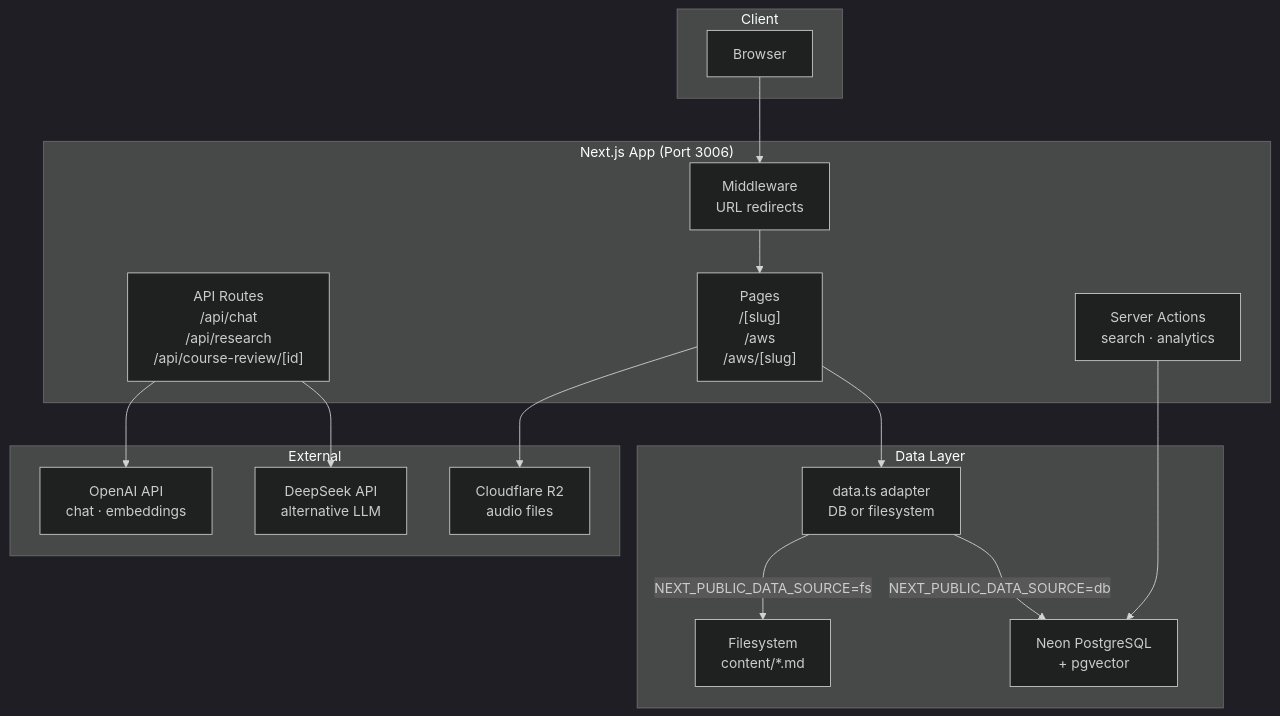
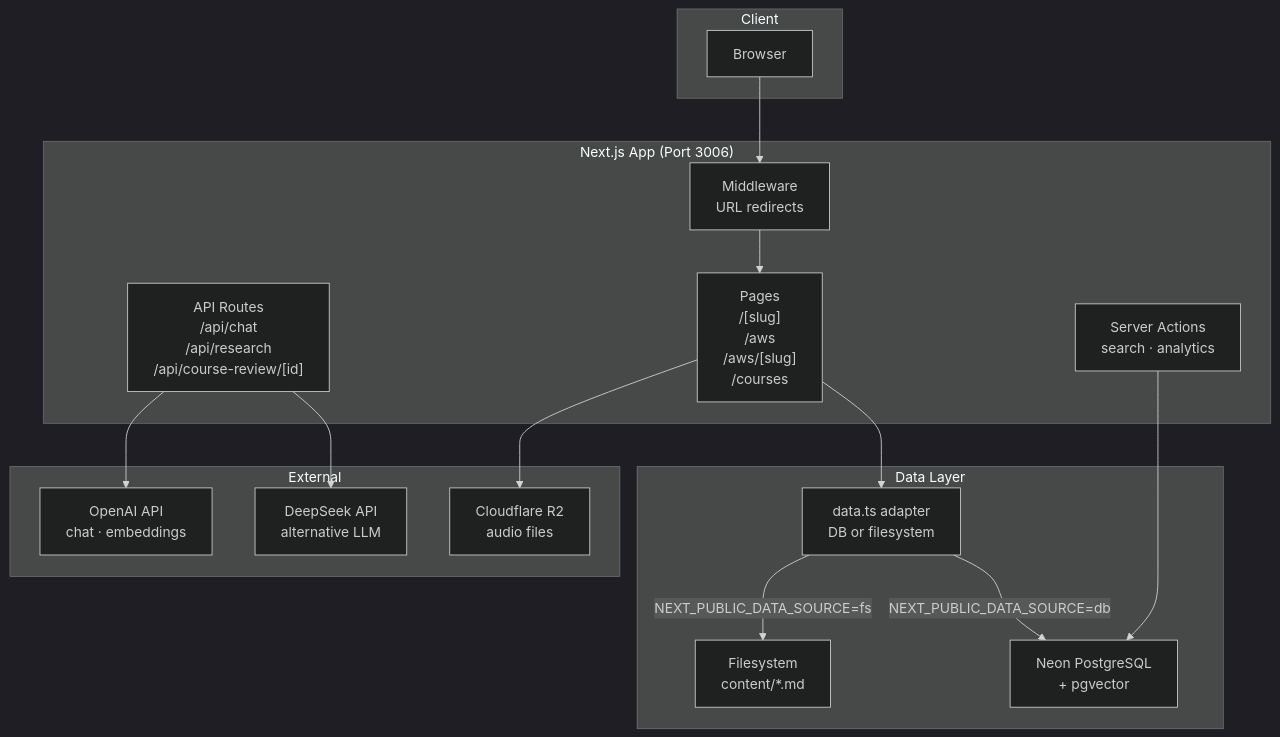
One commit to v9ai/ai-apps changed the first of 12 diagrams in apps/knowledge/README.md. Above: the diagram before and after it, drawn with Mermaid (dark theme). The commit also changed 7 other files, not shown here.

````diff
--- a/apps/knowledge/README.md
+++ b/apps/knowledge/README.md
@@ -17,35 +17,35 @@
 ```mermaid
 graph TD
     subgraph Client
         Browser["Browser"]
     end
 
     subgraph Next.js["Next.js App (Port 3006)"]
-        Pages["Pages\n/[slug]\n/aws\n/aws/[slug]"]
+        Pages["Pages\n/[slug]\n/aws\n/aws/[slug]\n/courses"]
         API["API Routes\n/api/chat\n/api/research\n/api/course-review/[id]"]
         SA["Server Actions\nsearch · analytics"]
         MW["Middleware\nURL redirects"]
     end
 
     subgraph Data["Data Layer"]
         Adapter["data.ts adapter\nDB or filesystem"]
         FS["Filesystem\ncontent/*.md"]
         DB["Neon PostgreSQL\n+ pgvector"]
     end
 
     subgraph External
         OpenAI["OpenAI API\nchat · embeddings"]
         DeepSeek["DeepSeek API\nalternative LLM"]
         R2["Cloudflare R2\naudio files"]
     end
 
     Browser --> MW
     MW --> Pages
     Pages --> Adapter
     SA --> DB
     API --> OpenAI
     API --> DeepSeek
     Adapter -->|NEXT_PUBLIC_DATA_SOURCE=db| DB
     Adapter -->|NEXT_PUBLIC_DATA_SOURCE=fs| FS
     Pages --> R2
 ```
````
